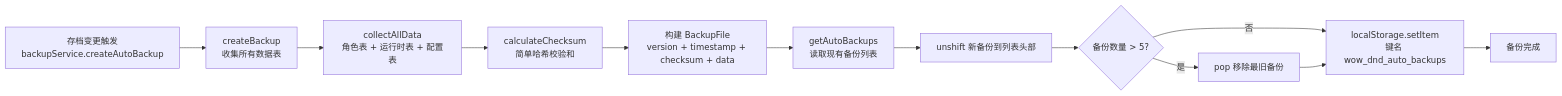
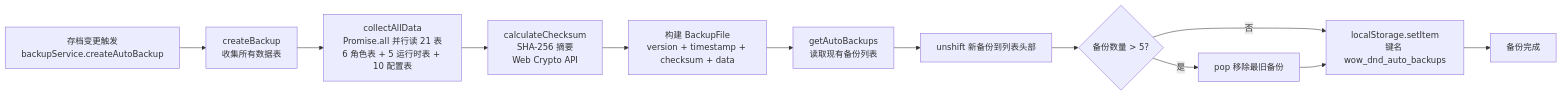
Diagram 16 of 18 in doc/project/DATA_FLOW.md (SonDemigods/wow_dnd), drawn with Mermaid before and after one commit. The commit also changed other lines of this file and 55 other files, not shown here.

````diff
--- a/doc/project/DATA_FLOW.md
+++ b/doc/project/DATA_FLOW.md
@@ -741,15 +793,15 @@
 ```mermaid
 flowchart LR
     %% 自动备份流程
     Trigger[存档变更触发<br/>backupService.createAutoBackup] --> Create[createBackup<br/>收集所有数据表]
-    Create --> Collect[collectAllData<br/>角色表 + 运行时表 + 配置表]
-    Collect --> Checksum[calculateChecksum<br/>简单哈希校验和]
+    Create --> Collect[collectAllData<br/>Promise.all 并行读 21 表<br/>6 角色表 + 5 运行时表 + 10 配置表]
+    Collect --> Checksum[calculateChecksum<br/>SHA-256 摘要<br/>Web Crypto API]
     Checksum --> Build[构建 BackupFile<br/>version + timestamp + checksum + data]
     Build --> Read[getAutoBackups<br/>读取现有备份列表]
     Read --> Unshift[unshift 新备份到列表头部]
     Unshift --> Check{备份数量 > 5?}
     Check -->|是| Pop[pop 移除最旧备份]
     Check -->|否| Save
     Pop --> Save[localStorage.setItem<br/>键名 wow_dnd_auto_backups]
     Save --> Done[备份完成]
 ```
````
